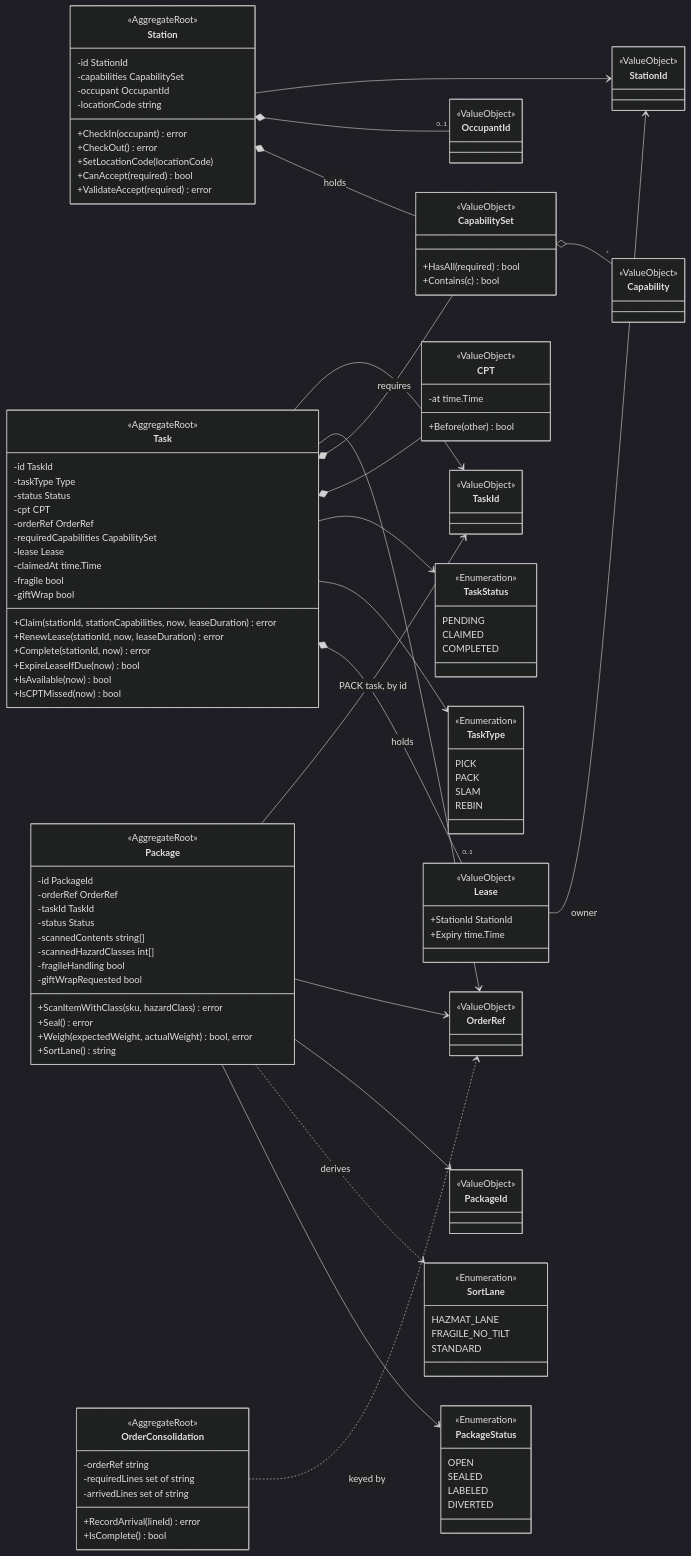
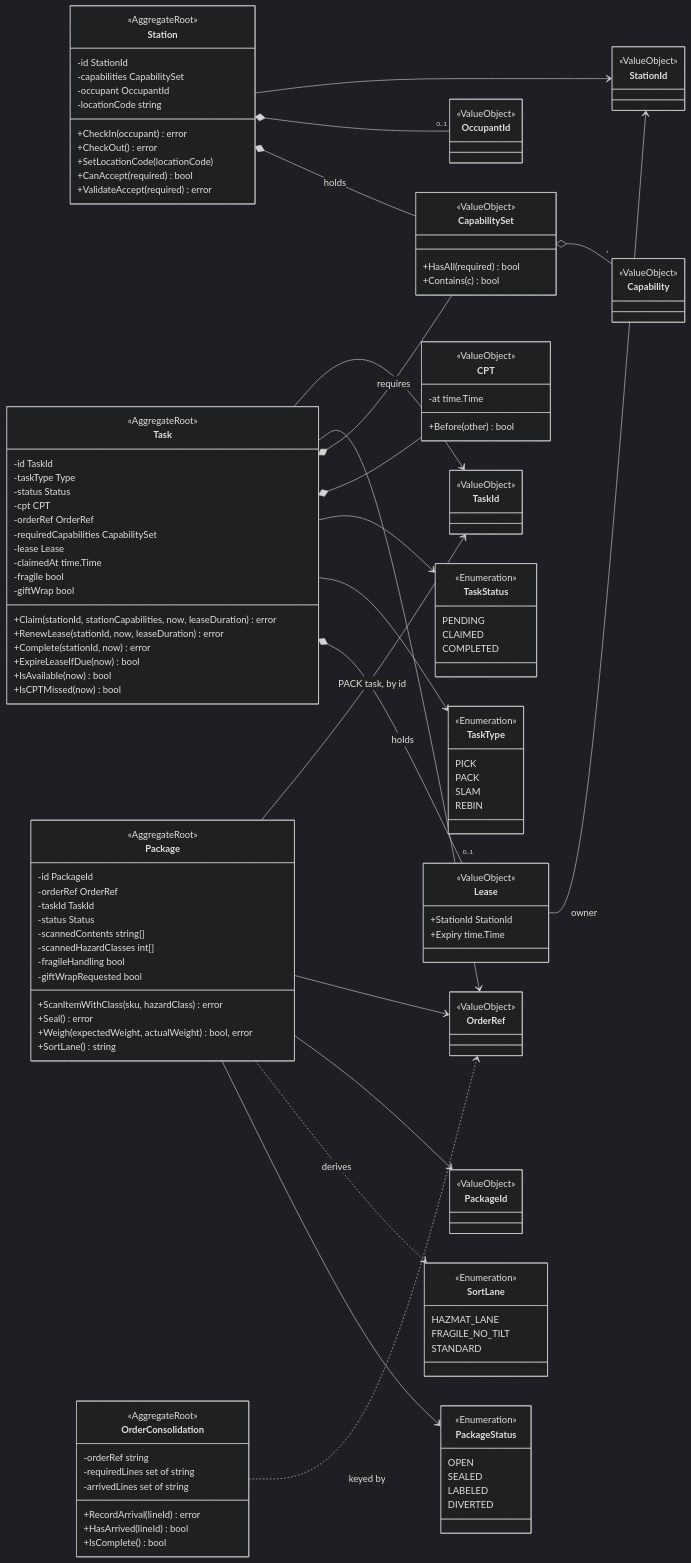
The first of 3 diagrams in docs/docs/ddd/class-diagram.md (IQVO/fulfillment-execution), drawn with Mermaid (dark theme) before and after one commit. The commit also changed 10 other files, not shown here.

```diff
--- a/docs/docs/ddd/class-diagram.md
+++ b/docs/docs/ddd/class-diagram.md
@@ -106,6 +106,7 @@
         -requiredLines set of string
         -arrivedLines set of string
         +RecordArrival(lineId) error
+        +HasArrived(lineId) bool
         +IsComplete() bool
     }
     class CapabilitySet {
```
